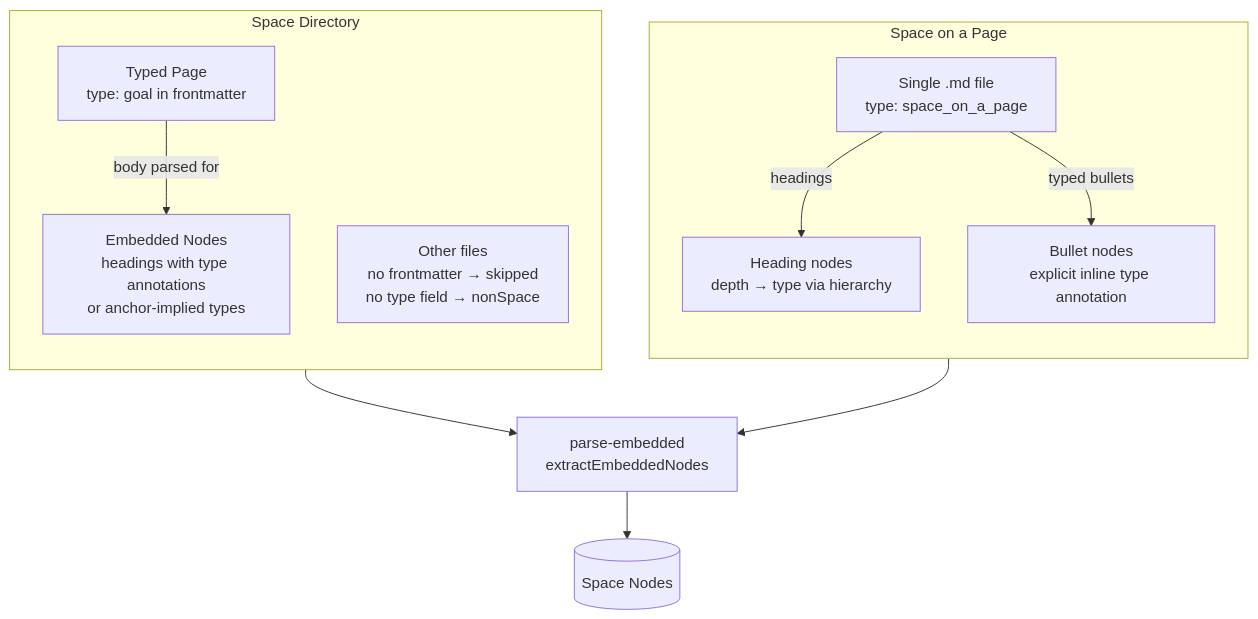
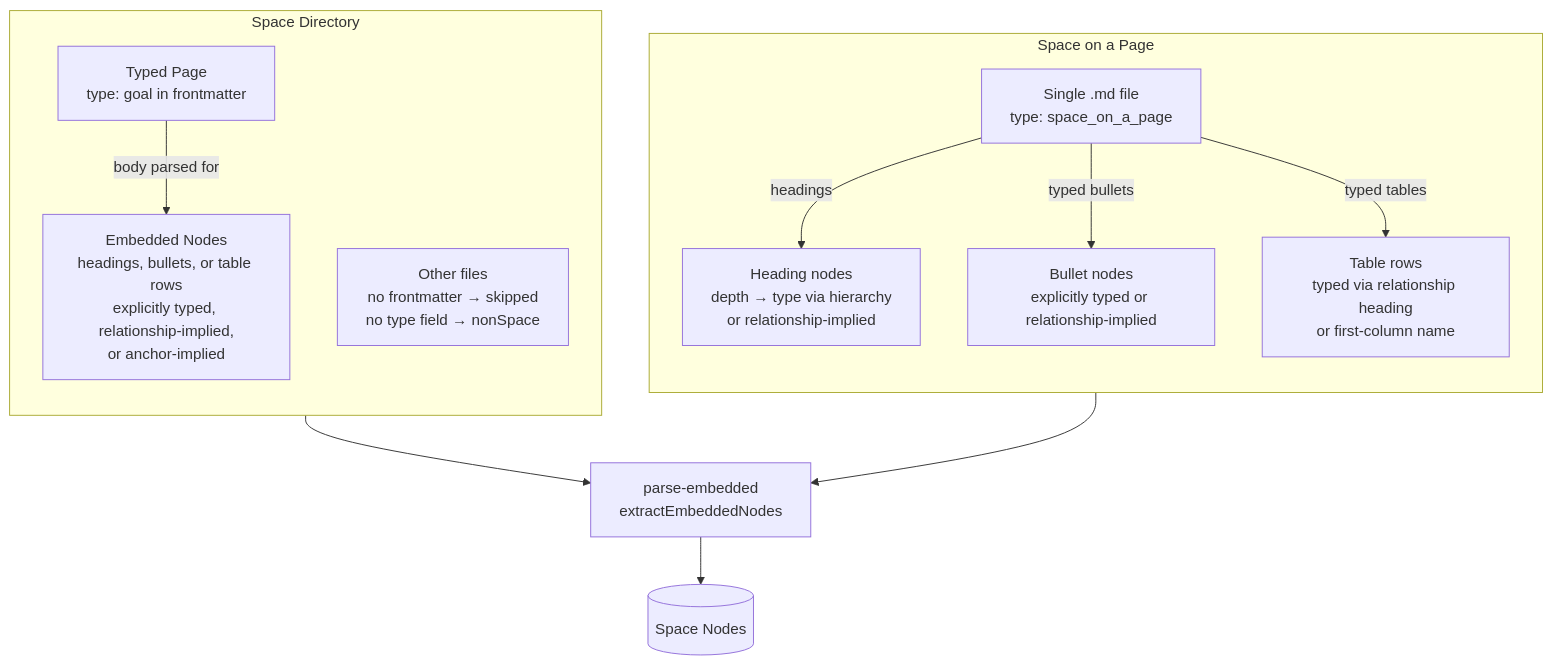
The diagram in docs/concepts.md (mindsocket/structured-context), drawn with Mermaid before and after one commit. The commit also changed other lines of this file and 30 other files, not shown here.

````diff
--- a/docs/concepts.md
+++ b/docs/concepts.md
@@ -11,26 +11,28 @@
 ```mermaid
 flowchart TD
     subgraph dir [Space Directory]
         direction TB
         tp[Typed Page<br>type: goal in frontmatter]
-        en[Embedded Nodes<br>headings with type annotations<br>or anchor-implied types]
+        en[Embedded Nodes<br>headings, bullets, or table rows<br>explicitly typed, relationship-implied,<br>or anchor-implied]
         other[Other files<br>no frontmatter → skipped<br>no type field → nonSpace]
         tp -->|body parsed for| en
     end
 
     subgraph soap [Space on a Page]
         direction TB
         sf[Single .md file<br>type: space_on_a_page]
-        hn[Heading nodes<br>depth → type via hierarchy]
-        bn[Bullet nodes<br>explicit inline type annotation]
+        hn[Heading nodes<br>depth → type via hierarchy<br>or relationship-implied]
+        bn[Bullet nodes<br>explicitly typed or relationship-implied]
+        tn[Table rows<br>typed via relationship heading<br>or first-column name]
         sf -->|headings| hn
         sf -->|typed bullets| bn
+        sf -->|typed tables| tn
     end
 
     pe[parse-embedded<br>extractEmbeddedNodes]
     nodes[(Space Nodes)]
 
     dir --> pe
     soap --> pe
     pe --> nodes
 ```
````
